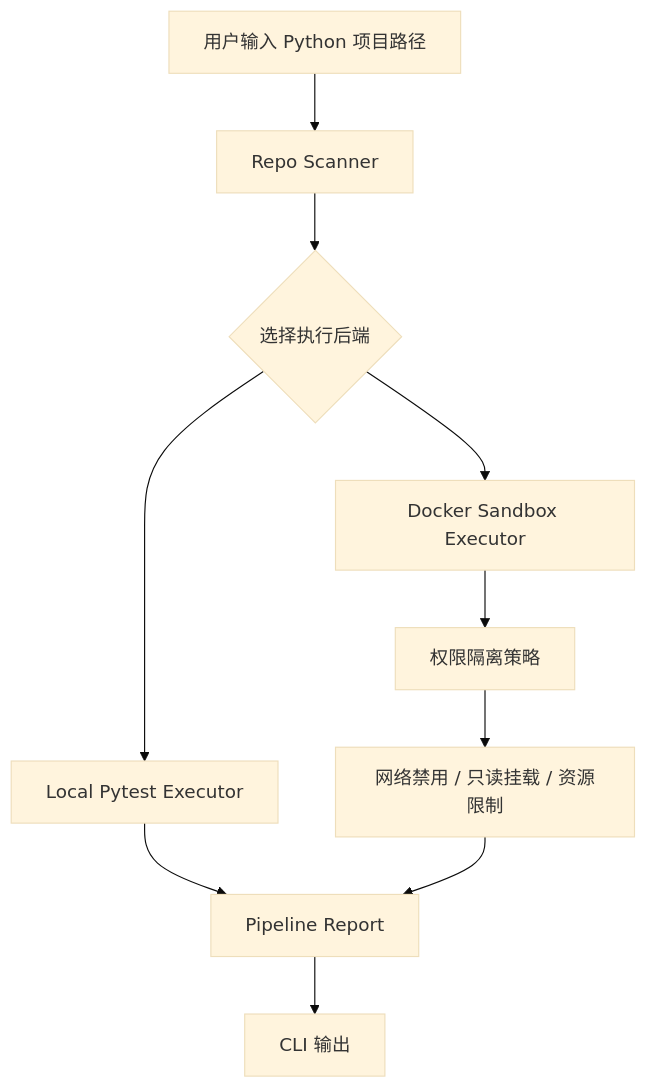
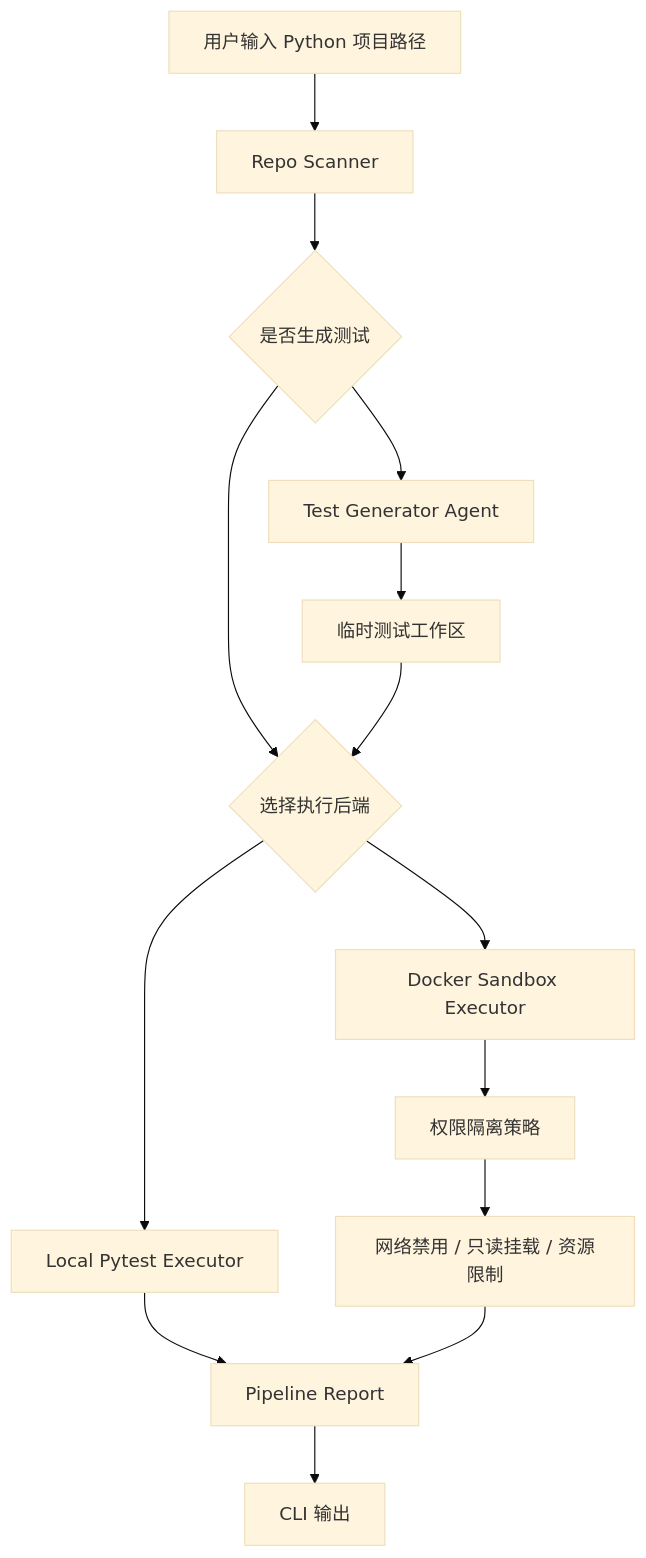
Before and after one commit to Isaacsen/cs599-project: the first of 2 diagrams in docs/architecture.md, drawn with Mermaid (base theme). The commit also changed other lines of this file and 10 other files, not shown here.

Commit message:
Add offline test generation agent

````diff
--- a/docs/architecture.md
+++ b/docs/architecture.md
@@ -5,12 +5,16 @@
 ```mermaid
 flowchart TD
     A["用户输入 Python 项目路径"] --> B["Repo Scanner"]
-    B --> C{"选择执行后端"}
-    C --> D["Local Pytest Executor"]
-    C --> E["Docker Sandbox Executor"]
-    E --> F["权限隔离策略"]
-    F --> G["网络禁用 / 只读挂载 / 资源限制"]
-    D --> H["Pipeline Report"]
-    G --> H
-    H --> I["CLI 输出"]
+    B --> C{"是否生成测试"}
+    C --> D["Test Generator Agent"]
+    D --> E["临时测试工作区"]
+    C --> F{"选择执行后端"}
+    E --> F
+    F --> G["Local Pytest Executor"]
+    F --> H["Docker Sandbox Executor"]
+    H --> I["权限隔离策略"]
+    I --> J["网络禁用 / 只读挂载 / 资源限制"]
+    G --> K["Pipeline Report"]
+    J --> K
+    K --> L["CLI 输出"]
 ```
````
